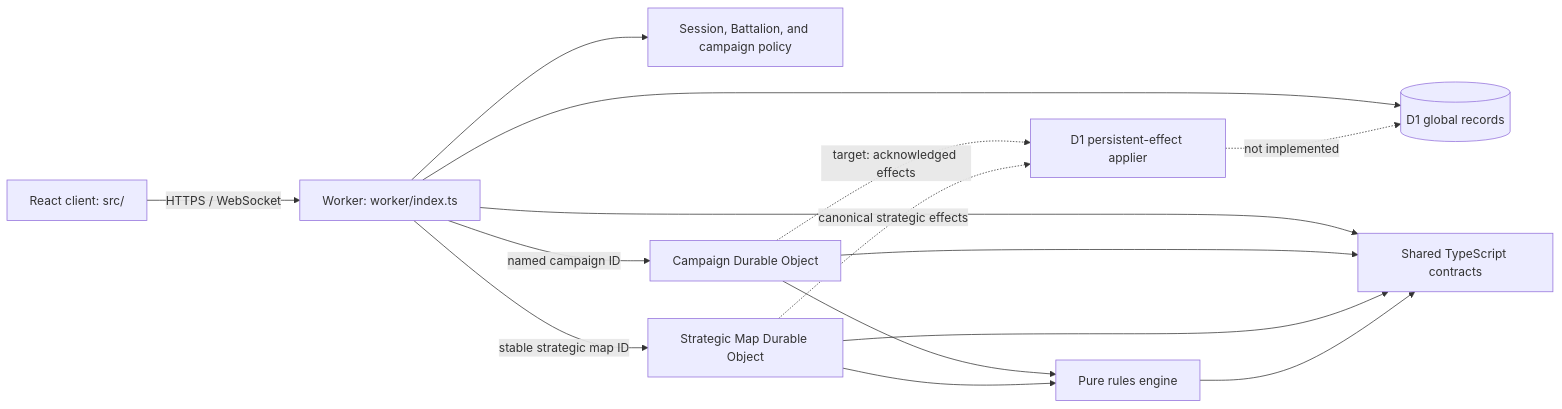
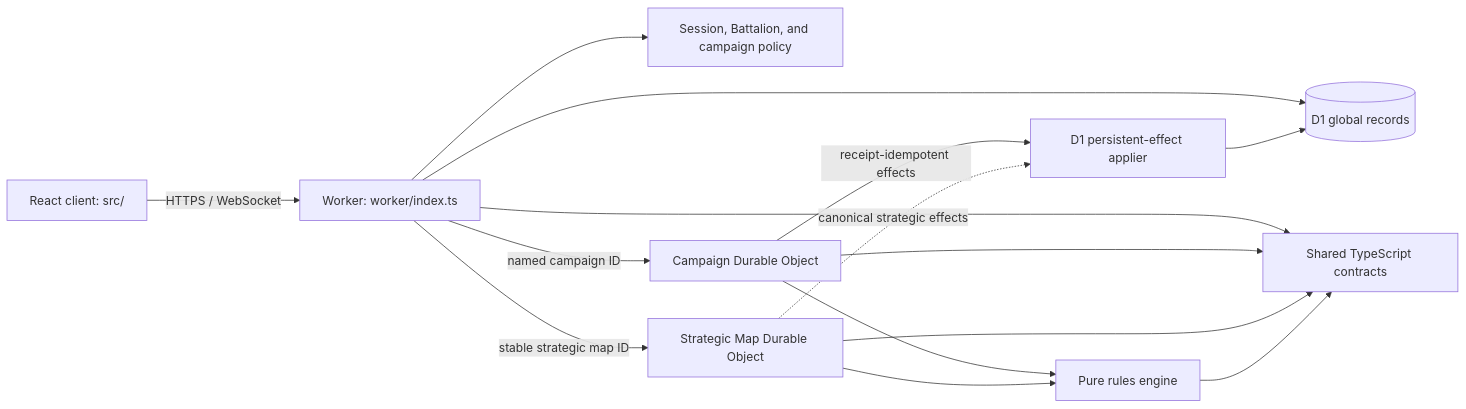
One commit to jbwod/Corinths-Plight changed the diagram in docs/ARCHITECTURE.md. Above: the diagram before and after it, drawn with Mermaid. The commit also changed other lines of this file and 36 other files, not shown here.

````diff
--- a/docs/ARCHITECTURE.md
+++ b/docs/ARCHITECTURE.md
@@ -62,17 +63,17 @@
 ```mermaid
 flowchart LR
     Browser["React client: src/"] -->|HTTPS / WebSocket| Worker["Worker: worker/index.ts"]
     Worker --> Auth["Session, Battalion, and campaign policy"]
     Worker --> D1[("D1 global records")]
     Worker -->|named campaign ID| CampaignDO["Campaign Durable Object"]
     Worker -->|stable strategic map ID| StrategicDO["Strategic Map Durable Object"]
     CampaignDO --> Engine["Pure rules engine"]
     StrategicDO --> Engine
     Worker --> Domain["Shared TypeScript contracts"]
     CampaignDO --> Domain
     StrategicDO --> Domain
     Engine --> Domain
-    CampaignDO -. "target: acknowledged effects" .-> Applier["D1 persistent-effect applier"]
+    CampaignDO -->|"receipt-idempotent effects"| Applier["D1 persistent-effect applier"]
     StrategicDO -. "canonical strategic effects" .-> Applier
-    Applier -. "not implemented" .-> D1
+    Applier --> D1
 ```
````
